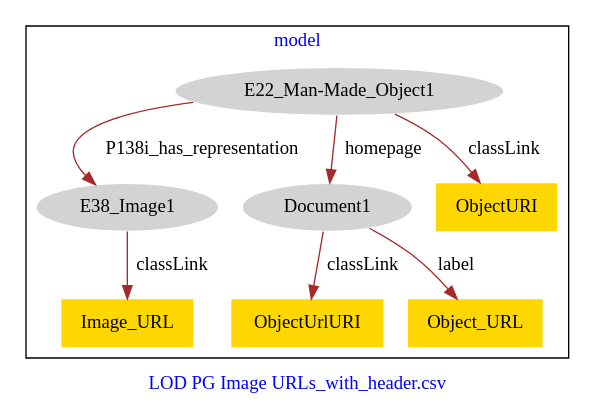
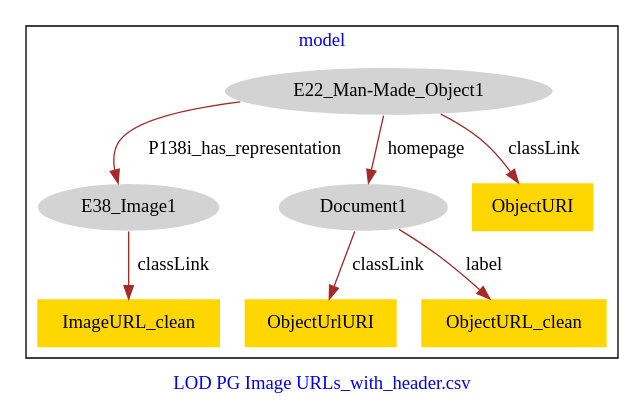
Before and after one commit to american-art/cbm: the diagram in PG_URLs/PG_URLs-model.dot, drawn with Graphviz.

Commit message:
Update file PG_URLs-model.dot

```diff
--- a/PG_URLs/PG_URLs-model.dot
+++ b/PG_URLs/PG_URLs-model.dot
@@ -1,21 +1,21 @@
 digraph n0 {
 fontcolor="blue"
 remincross="true"
 label="LOD PG Image URLs_with_header.csv"
 subgraph cluster {
 label="model"
 n2[style="filled",color="white",fillcolor="lightgray",label="E22_Man-Made_Object1"];
 n3[style="filled",color="white",fillcolor="lightgray",label="E38_Image1"];
 n4[style="filled",color="white",fillcolor="lightgray",label="Document1"];
-n5[shape="plaintext",style="filled",fillcolor="gold",label="ObjectUrlURI"];
-n6[shape="plaintext",style="filled",fillcolor="gold",label="ObjectURI"];
-n7[shape="plaintext",style="filled",fillcolor="gold",label="Object_URL"];
-n8[shape="plaintext",style="filled",fillcolor="gold",label="Image_URL"];
+n5[shape="plaintext",style="filled",fillcolor="gold",label="ObjectURI"];
+n6[shape="plaintext",style="filled",fillcolor="gold",label="ImageURL_clean"];
+n7[shape="plaintext",style="filled",fillcolor="gold",label="ObjectUrlURI"];
+n8[shape="plaintext",style="filled",fillcolor="gold",label="ObjectURL_clean"];
 }
 n2 -> n3[color="brown",fontcolor="black",label="P138i_has_representation"]
 n2 -> n4[color="brown",fontcolor="black",label="homepage"]
-n4 -> n5[color="brown",fontcolor="black",label="classLink"]
-n2 -> n6[color="brown",fontcolor="black",label="classLink"]
-n4 -> n7[color="brown",fontcolor="black",label="label"]
-n3 -> n8[color="brown",fontcolor="black",label="classLink"]
+n2 -> n5[color="brown",fontcolor="black",label="classLink"]
+n3 -> n6[color="brown",fontcolor="black",label="classLink"]
+n4 -> n7[color="brown",fontcolor="black",label="classLink"]
+n4 -> n8[color="brown",fontcolor="black",label="label"]
 }
```
